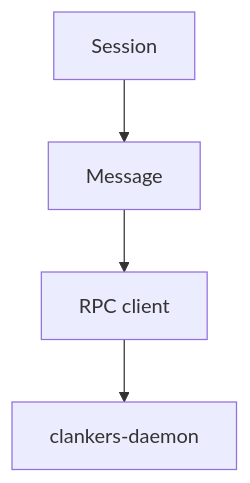
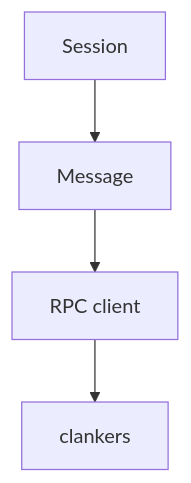
Before and after one commit to dxta-dev/clankers: the diagram in lode/terminology.md, drawn with Mermaid. The commit also changed other lines of this file and 17 other files, not shown here.

````diff
--- a/lode/terminology.md
+++ b/lode/terminology.md
@@ -19,6 +19,6 @@
 ```mermaid
 flowchart TD
   Session --> Message
   Message --> RpcClient[RPC client]
-  RpcClient --> Daemon[clankers-daemon]
+  RpcClient --> Daemon[clankers]
 ```
````
